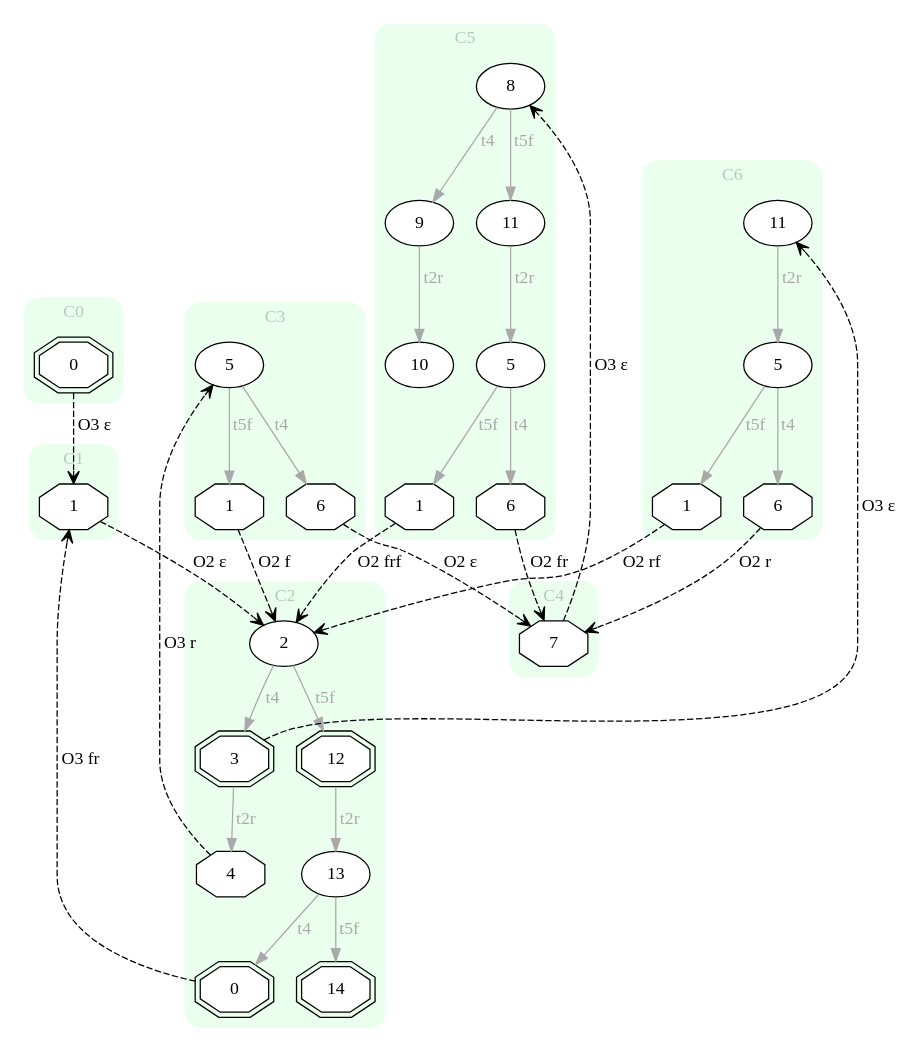
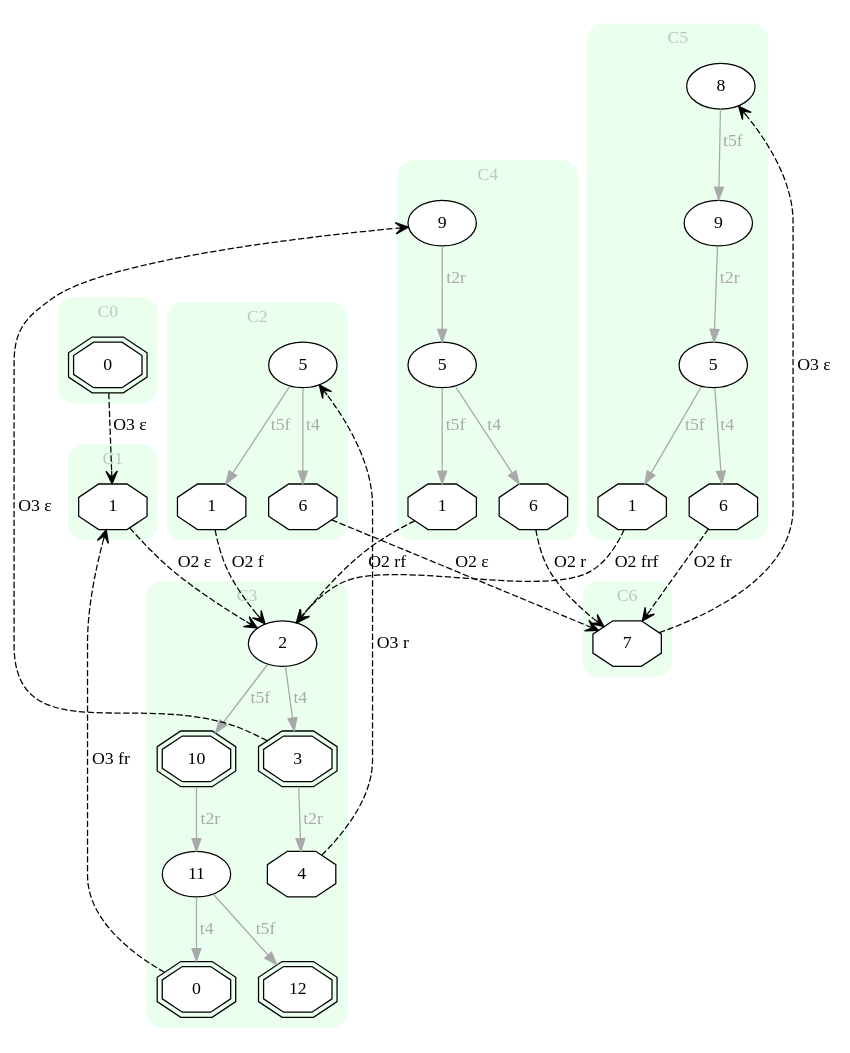
The diagram in input/e_EXP.dot (Stefano-BS/Explanatory-Diagnosis), drawn with Graphviz before and after one commit. The commit also changed 40 other files, not shown here.

```diff
--- a/input/e_EXP.dot
+++ b/input/e_EXP.dot
@@ -1,84 +1,80 @@
 digraph "EXPinput/e" {
 node [style=filled fillcolor=white]
 subgraph cluster0 {
 style="rounded,filled" label="C0" fontcolor="#B2CCBB" color="#EAFFEE"
 edge[color=darkgray fontcolor=darkgray]
 node [shape=doubleoctagon]; C0S0 [label=0];
 }
 subgraph cluster1 {
 style="rounded,filled" label="C1" fontcolor="#B2CCBB" color="#EAFFEE"
 edge[color=darkgray fontcolor=darkgray]
 node [shape=octagon]; C1S1 [label=1];
 }
 subgraph cluster2 {
 style="rounded,filled" label="C2" fontcolor="#B2CCBB" color="#EAFFEE"
 edge[color=darkgray fontcolor=darkgray]
-node [shape=oval]; C2S2 [label=2];
-node [shape=doubleoctagon]; C2S0 [label=0];
-node [shape=doubleoctagon]; C2S3 [label=3];
-node [shape=octagon]; C2S4 [label=4];
-node [shape=doubleoctagon]; C2S12 [label=12];
-node [shape=oval]; C2S13 [label=13];
-node [shape=doubleoctagon]; C2S14 [label=14];
-C2S2 -> C2S3 [label=t4]
-C2S2 -> C2S12 [label=t5f]
-C2S3 -> C2S4 [label=t2r]
-C2S12 -> C2S13 [label=t2r]
-C2S13 -> C2S0 [label=t4]
-C2S13 -> C2S14 [label=t5f]
+node [shape=octagon]; C2S6 [label=6];
+node [shape=oval]; C2S5 [label=5];
+node [shape=octagon]; C2S1 [label=1];
+C2S5 -> C2S6 [label=t4]
+C2S5 -> C2S1 [label=t5f]
 }
 subgraph cluster3 {
 style="rounded,filled" label="C3" fontcolor="#B2CCBB" color="#EAFFEE"
 edge[color=darkgray fontcolor=darkgray]
-node [shape=oval]; C3S5 [label=5];
-node [shape=octagon]; C3S1 [label=1];
-node [shape=octagon]; C3S6 [label=6];
-C3S5 -> C3S6 [label=t4]
-C3S5 -> C3S1 [label=t5f]
+node [shape=oval]; C3S2 [label=2];
+node [shape=doubleoctagon]; C3S12 [label=12];
+node [shape=doubleoctagon]; C3S0 [label=0];
+node [shape=oval]; C3S11 [label=11];
+node [shape=doubleoctagon]; C3S10 [label=10];
+node [shape=octagon]; C3S4 [label=4];
+node [shape=doubleoctagon]; C3S3 [label=3];
+C3S2 -> C3S3 [label=t4]
+C3S2 -> C3S10 [label=t5f]
+C3S11 -> C3S0 [label=t4]
+C3S11 -> C3S12 [label=t5f]
+C3S10 -> C3S11 [label=t2r]
+C3S3 -> C3S4 [label=t2r]
 }
 subgraph cluster4 {
 style="rounded,filled" label="C4" fontcolor="#B2CCBB" color="#EAFFEE"
 edge[color=darkgray fontcolor=darkgray]
-node [shape=octagon]; C4S7 [label=7];
+node [shape=oval]; C4S9 [label=9];
+node [shape=octagon]; C4S6 [label=6];
+node [shape=oval]; C4S5 [label=5];
+node [shape=octagon]; C4S1 [label=1];
+C4S9 -> C4S5 [label=t2r]
+C4S5 -> C4S6 [label=t4]
+C4S5 -> C4S1 [label=t5f]
 }
 subgraph cluster5 {
 style="rounded,filled" label="C5" fontcolor="#B2CCBB" color="#EAFFEE"
 edge[color=darkgray fontcolor=darkgray]
 node [shape=oval]; C5S8 [label=8];
+node [shape=octagon]; C5S1 [label=1];
+node [shape=octagon]; C5S6 [label=6];
 node [shape=oval]; C5S5 [label=5];
-node [shape=octagon]; C5S6 [label=6];
-node [shape=octagon]; C5S1 [label=1];
 node [shape=oval]; C5S9 [label=9];
-node [shape=oval]; C5S10 [label=10];
-node [shape=oval]; C5S11 [label=11];
-C5S8 -> C5S9 [label=t4]
-C5S8 -> C5S11 [label=t5f]
+C5S8 -> C5S9 [label=t5f]
 C5S5 -> C5S6 [label=t4]
 C5S5 -> C5S1 [label=t5f]
-C5S9 -> C5S10 [label=t2r]
-C5S11 -> C5S5 [label=t2r]
+C5S9 -> C5S5 [label=t2r]
 }
 subgraph cluster6 {
 style="rounded,filled" label="C6" fontcolor="#B2CCBB" color="#EAFFEE"
 edge[color=darkgray fontcolor=darkgray]
-node [shape=oval]; C6S11 [label=11];
-node [shape=oval]; C6S5 [label=5];
-node [shape=octagon]; C6S6 [label=6];
-node [shape=octagon]; C6S1 [label=1];
-C6S11 -> C6S5 [label=t2r]
-C6S5 -> C6S6 [label=t4]
-C6S5 -> C6S1 [label=t5f]
+node [shape=octagon]; C6S7 [label=7];
 }
 C0S0 -> C1S1 [style=dashed arrowhead=vee label="O3 ε"]
-C1S1 -> C2S2 [style=dashed arrowhead=vee label="O2 ε"]
-C2S0 -> C1S1 [style=dashed arrowhead=vee label="O3 fr"]
-C2S3 -> C6S11 [style=dashed arrowhead=vee label="O3 ε"]
-C2S4 -> C3S5 [style=dashed arrowhead=vee label="O3 r"]
-C3S1 -> C2S2 [style=dashed arrowhead=vee label="O2 f"]
-C3S6 -> C4S7 [style=dashed arrowhead=vee label="O2 ε"]
-C4S7 -> C5S8 [style=dashed arrowhead=vee label="O3 ε"]
-C5S1 -> C2S2 [style=dashed arrowhead=vee label="O2 frf"]
-C5S6 -> C4S7 [style=dashed arrowhead=vee label="O2 fr"]
-C6S1 -> C2S2 [style=dashed arrowhead=vee label="O2 rf"]
-C6S6 -> C4S7 [style=dashed arrowhead=vee label="O2 r"]
+C1S1 -> C3S2 [style=dashed arrowhead=vee label="O2 ε"]
+C2S1 -> C3S2 [style=dashed arrowhead=vee label="O2 f"]
+C2S6 -> C6S7 [style=dashed arrowhead=vee label="O2 ε"]
+C3S0 -> C1S1 [style=dashed arrowhead=vee label="O3 fr"]
+C3S3 -> C4S9 [style=dashed arrowhead=vee label="O3 ε"]
+C3S4 -> C2S5 [style=dashed arrowhead=vee label="O3 r"]
+C4S1 -> C3S2 [style=dashed arrowhead=vee label="O2 rf"]
+C4S6 -> C6S7 [style=dashed arrowhead=vee label="O2 r"]
+C5S1 -> C3S2 [style=dashed arrowhead=vee label="O2 frf"]
+C5S6 -> C6S7 [style=dashed arrowhead=vee label="O2 fr"]
+C6S7 -> C5S8 [style=dashed arrowhead=vee label="O3 ε"]
 }
```
